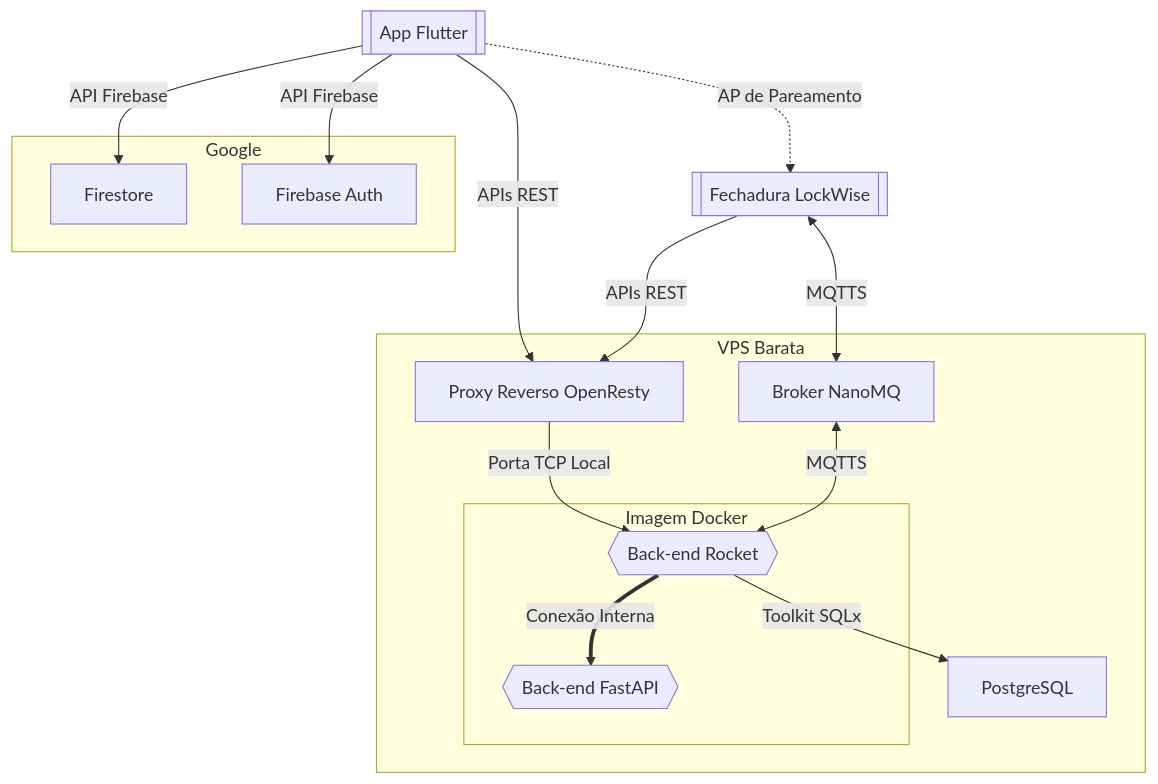
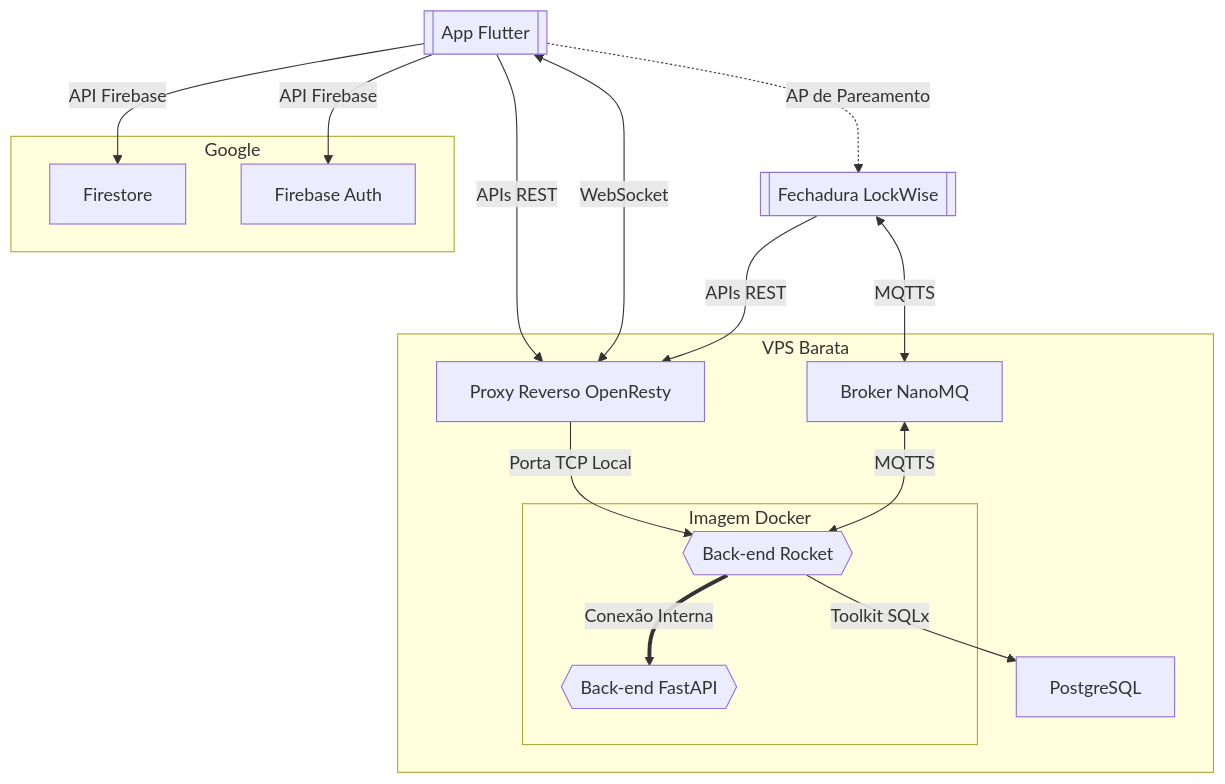
Before and after one commit to lucca-pellegrini/LockWise: the diagram in docs/Backend.md, drawn with Mermaid. The commit also changed other lines of this file and 1 other file, not shown here.

Commit message:
docs(backend): menciona o uso de WebSockets para updates em tempo real

````diff
--- a/docs/Backend.md
+++ b/docs/Backend.md
@@ -36,28 +36,29 @@
 ```mermaid
 graph TD
     A[[App Flutter]] -->|API Firebase| B[Firestore]
     A -->|API Firebase| C[Firebase Auth]
     A -->|APIs REST| D[Proxy Reverso OpenResty]
+    A <-->|WebSocket| D
     A -.->|AP de Pareamento| E[[Fechadura LockWise]]
     E <-->|MQTTS| F[Broker NanoMQ]
     E -->|APIs REST| D
     D -->|Porta TCP Local| G{{Back-end Rocket}}
     F <-->|MQTTS| G
     G -->|Toolkit SQLx| H[PostgreSQL]
     G ==>|Conexão Interna| I{{Back-end FastAPI}}
     subgraph Google
         B
         C
     end
     subgraph VPS Barata
         D
         F
         G
         H
         I
         subgraph Imagem Docker
             G
             I
         end
     end
 ```
````
